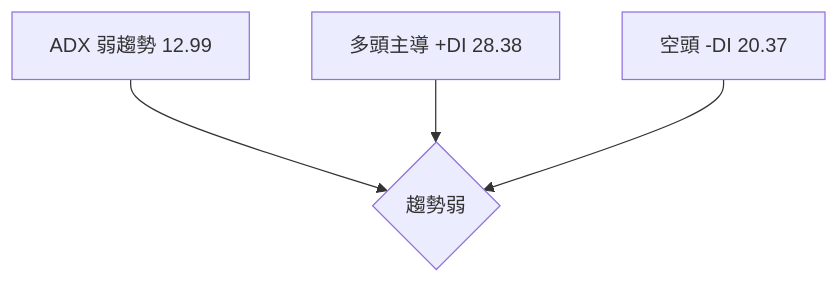
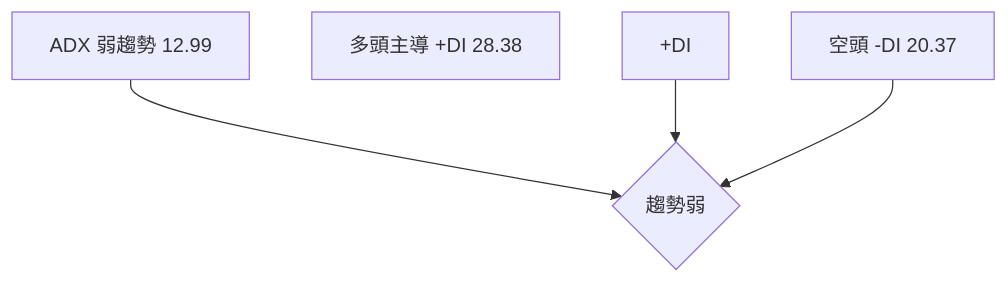
The third of 10 diagrams in ai_gen_report/stock/asts/technical_analysis_2026-04-10_openai.md (yennanliu/finance_data), drawn with Mermaid before and after one commit. The commit also changed 2258 other files, not shown here.

First line of the commit message:
chore: backfill Mermaid syntax repair across existing reports

````diff
--- a/ai_gen_report/stock/asts/technical_analysis_2026-04-10_openai.md
+++ b/ai_gen_report/stock/asts/technical_analysis_2026-04-10_openai.md
@@ -135,9 +135,9 @@
 ```mermaid
 graph TD
     ADX["ADX 弱趨勢 12.99"]
     +DI["多頭主導 +DI 28.38"]
     -DI["空頭 -DI 20.37"]
     ADX --> 趨勢強度{"趨勢弱"}
-    +DI --> 趨勢強度
+    nb1["+DI"] --> 趨勢強度
     -DI --> 趨勢強度
 ```
````
